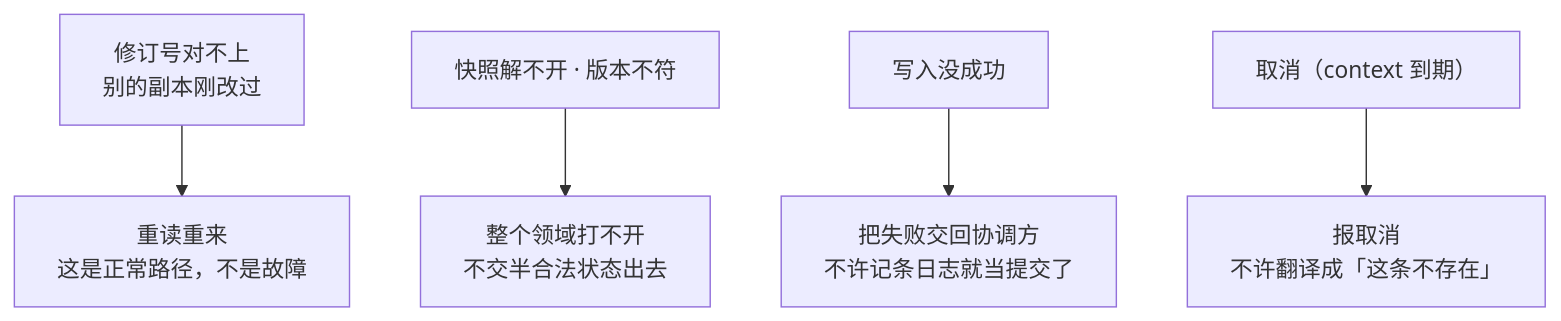
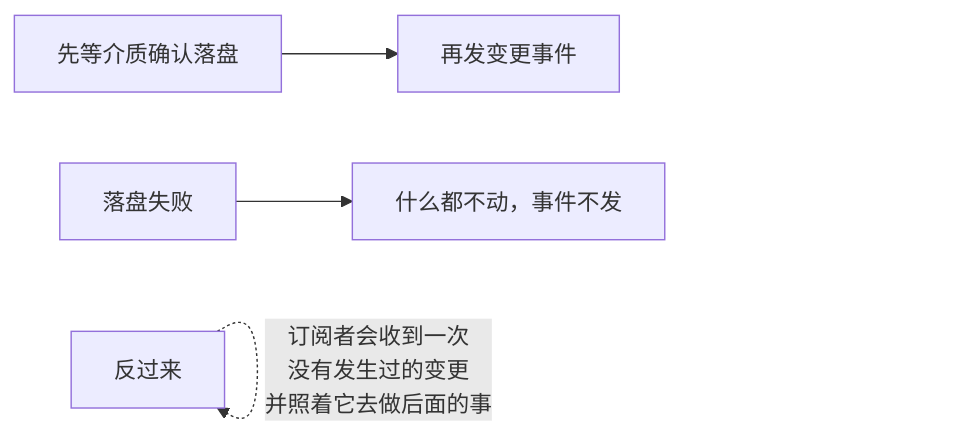
One commit to snight1983/ds-harness-go changed diagram 19 of 57 in docs/modules/storage.md. Above: the diagram before and after it, drawn with Mermaid. The commit also changed other lines of this file and 43 other files, not shown here.

Commit message:
docs: 图解架构与模块设计

````diff
--- a/docs/modules/storage.md
+++ b/docs/modules/storage.md
@@ -155,7 +224,6 @@
 ```mermaid
-flowchart TB
-    A["修订号对不上<br/>别的副本刚改过"] --> A2["重读重来<br/>这是正常路径，不是故障"]
-    B["快照解不开 · 版本不符"] --> B2["整个领域打不开<br/>不交半合法状态出去"]
-    C["写入没成功"] --> C2["把失败交回协调方<br/>不许记条日志就当提交了"]
-    D["取消（context 到期）"] --> D2["报取消<br/>不许翻译成「这条不存在」"]
+flowchart LR
+    A["先等介质确认落盘"] --> B["再发变更事件"]
+    C["反过来"] -.->|"订阅者会收到一次<br/>没有发生过的变更<br/>并照着它去做后面的事"| C
+    D["落盘失败"] --> E["什么都不动，事件不发"]
 ```
````
